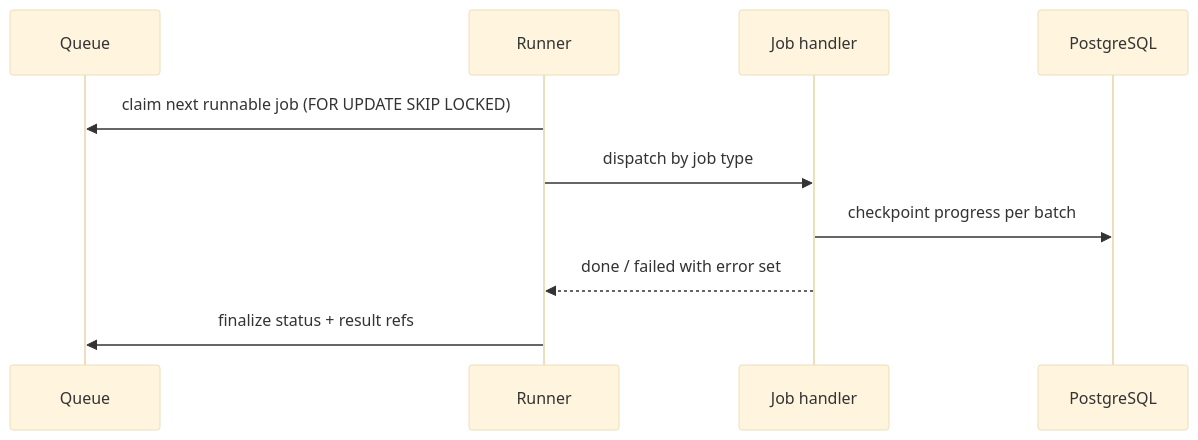
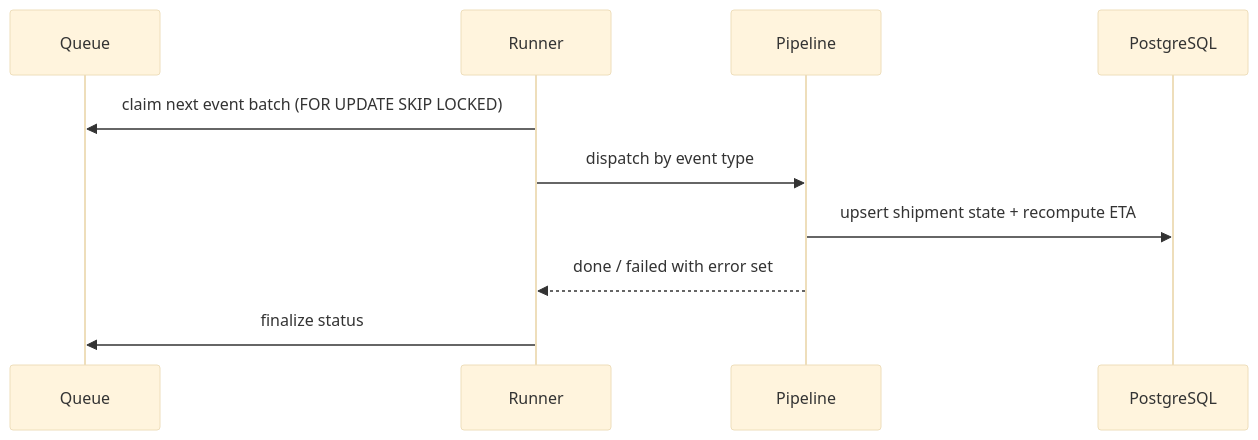
One commit to Nyarducks/DesignDoc changed the diagram in docs/example/medium/design/worker.md. Above: the diagram before and after it, drawn with Mermaid (base theme). The commit also changed other lines of this file and 36 other files, not shown here.

````diff
--- a/docs/example/medium/design/worker.md
+++ b/docs/example/medium/design/worker.md
@@ -27,13 +28,13 @@
 ```mermaid
 sequenceDiagram
     participant Q as Queue
     participant R as Runner
-    participant J as Job handler
+    participant P as Pipeline
     participant DB as PostgreSQL
 
-    R->>Q: claim next runnable job (FOR UPDATE SKIP LOCKED)
-    R->>J: dispatch by job type
-    J->>DB: checkpoint progress per batch
-    J-->>R: done / failed with error set
-    R->>Q: finalize status + result refs
+    R->>Q: claim next event batch (FOR UPDATE SKIP LOCKED)
+    R->>P: dispatch by event type
+    P->>DB: upsert shipment state + recompute ETA
+    P-->>R: done / failed with error set
+    R->>Q: finalize status
 ```
````
